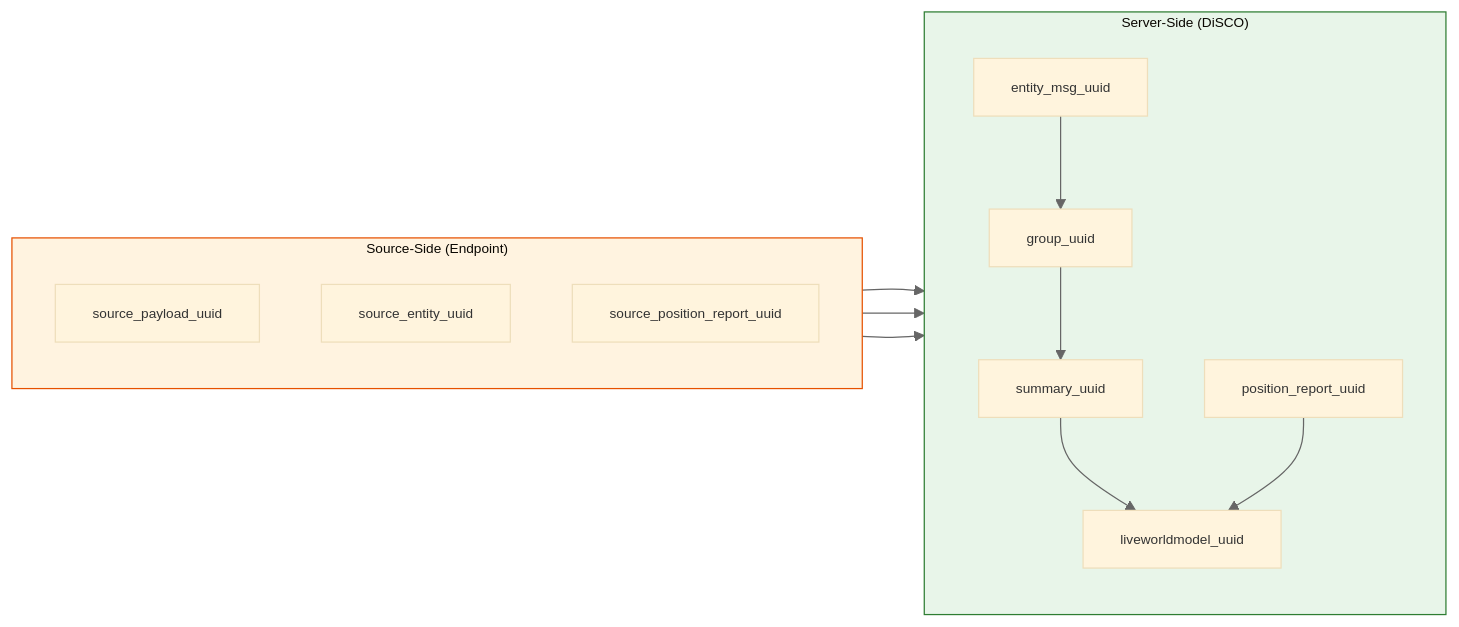
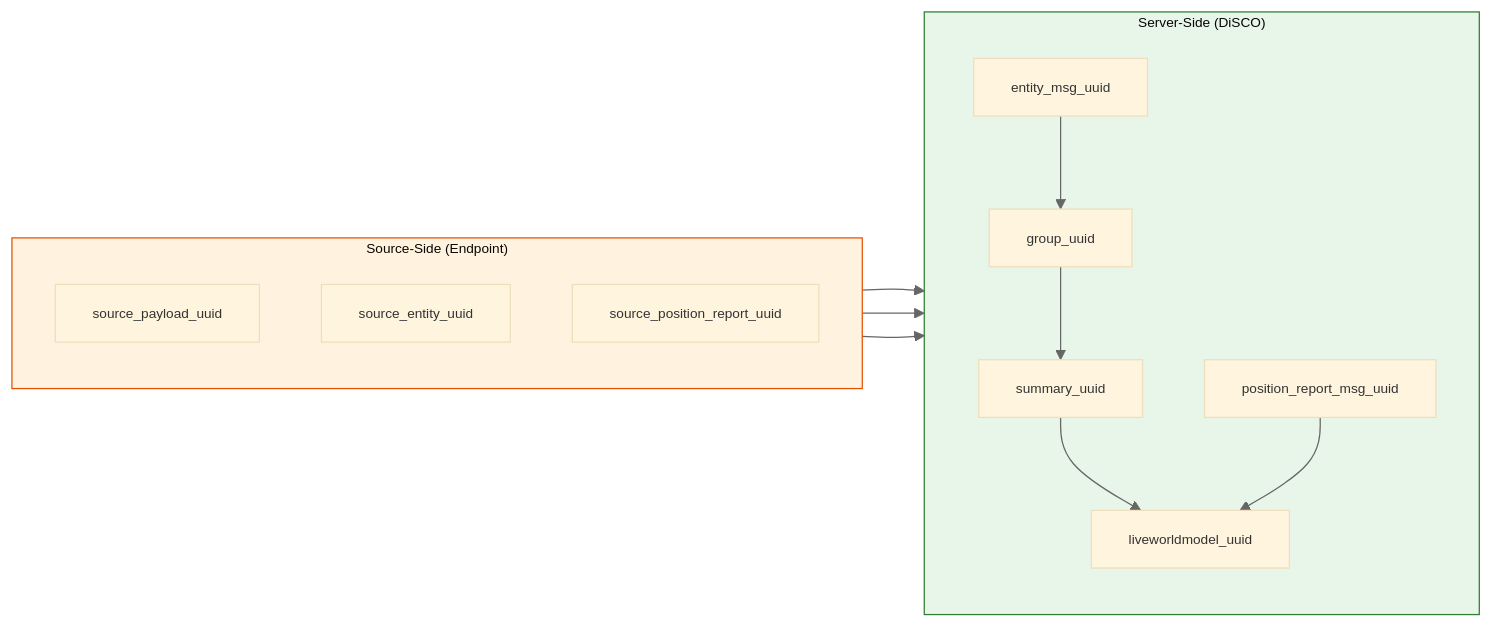
One commit to ericpauls/disco_workspace changed the second of 6 diagrams in docs/data-architecture-erd.md. Above: the diagram before and after it, drawn with Mermaid. The commit also changed other lines of this file and 4 other files, not shown here.

````diff
--- a/docs/data-architecture-erd.md
+++ b/docs/data-architecture-erd.md
@@ -76,33 +65,33 @@
 ```mermaid
 %%{init: {'theme': 'base', 'themeVariables': { 'lineColor': '#666', 'fontSize': '11px'}}}%%
 flowchart LR
     subgraph source["Source-Side (Endpoint)"]
         direction TB
         spu["source_payload_uuid"]
         seu["source_entity_uuid"]
         spru["source_position_report_uuid"]
     end
 
     subgraph server["Server-Side (DiSCO)"]
         direction TB
         emu["entity_msg_uuid"]
-        pru["position_report_uuid"]
+        pru["position_report_msg_uuid"]
         gu["group_uuid"]
         su["summary_uuid"]
         lwu["liveworldmodel_uuid"]
     end
 
     spu --> emu
     seu --> emu
     spru --> pru
     emu --> gu
     gu --> su
     su --> lwu
     pru --> lwu
 
     classDef sourceStyle fill:#fff3e0,stroke:#e65100
     classDef serverStyle fill:#e8f5e9,stroke:#2e7d32
 
     class source sourceStyle
     class server serverStyle
 ```
````
